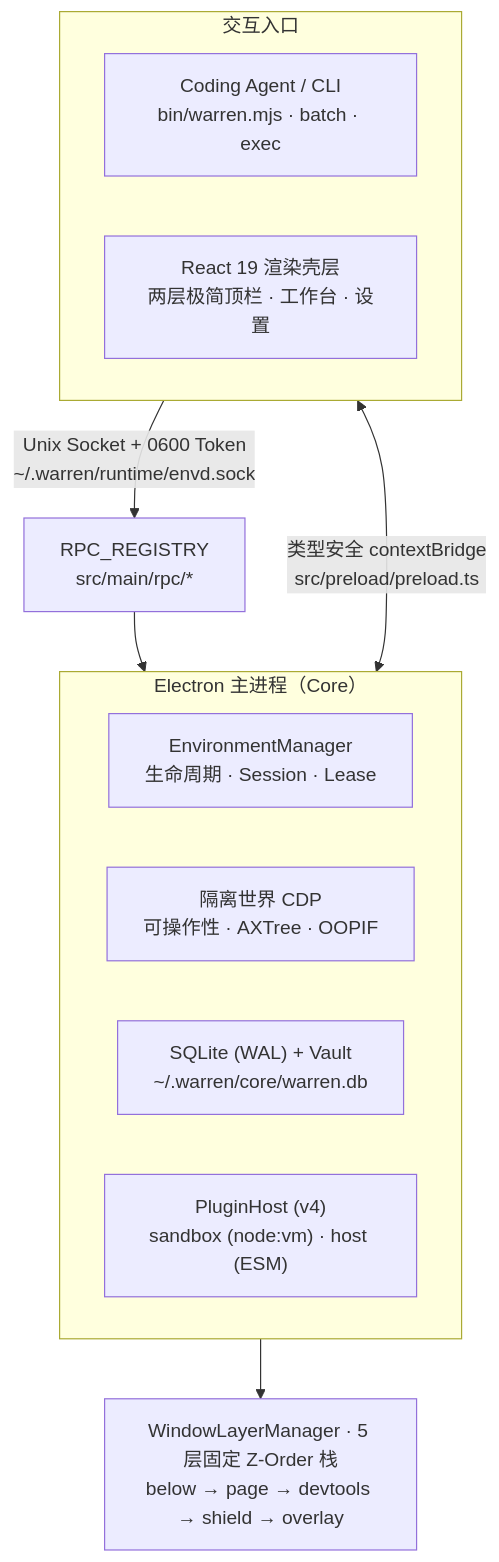
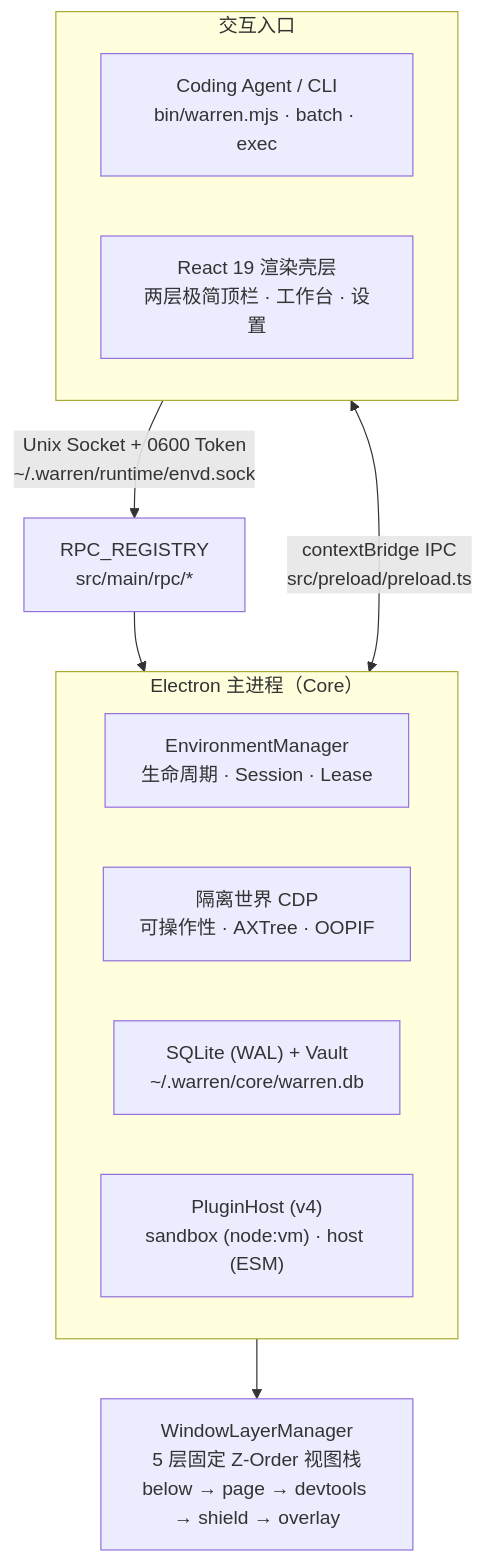
The diagram in README.zh-CN.md (euanguo/warren), drawn with Mermaid before and after one commit. The commit also changed other lines of this file and 1 other file, not shown here.

Commit message:
docs: refine visual tour framing and Mermaid diagram layout

````diff
--- a/README.zh-CN.md
+++ b/README.zh-CN.md
@@ -210,22 +214,22 @@
 ```mermaid
 flowchart TB
   subgraph Clients["交互入口"]
     direction LR
     CLI["Coding Agent / CLI<br/>bin/warren.mjs · batch · exec"]
     UI["React 19 渲染壳层<br/>两层极简顶栏 · 工作台 · 设置"]
   end
 
   CLI -->|"Unix Socket + 0600 Token<br/>~/.warren/runtime/envd.sock"| RPC["RPC_REGISTRY<br/>src/main/rpc/*"]
-  UI <-->|"类型安全 contextBridge<br/>src/preload/preload.ts"| Core
+  UI <-->|"contextBridge IPC<br/>src/preload/preload.ts"| Core
   RPC --> Core
 
   subgraph Core["Electron 主进程（Core）"]
     direction LR
     Env["EnvironmentManager<br/>生命周期 · Session · Lease"]
     CDP["隔离世界 CDP<br/>可操作性 · AXTree · OOPIF"]
     Store["SQLite (WAL) + Vault<br/>~/.warren/core/warren.db"]
     Plugins["PluginHost (v4)<br/>sandbox (node:vm) · host (ESM)"]
   end
 
-  Core --> Layers["WindowLayerManager · 5 层固定 Z-Order 栈<br/>below → page → devtools → shield → overlay"]
+  Core --> Layers["WindowLayerManager<br/>5 层固定 Z-Order 视图栈<br/>below → page → devtools → shield → overlay"]
 ```
````
